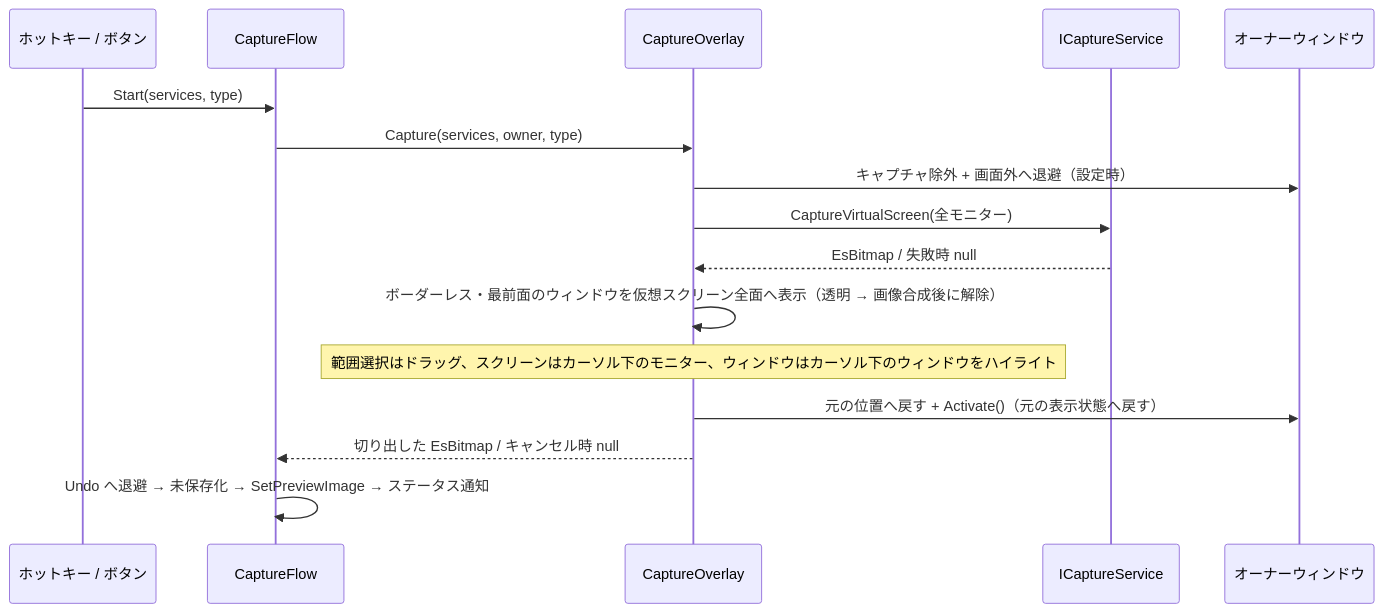
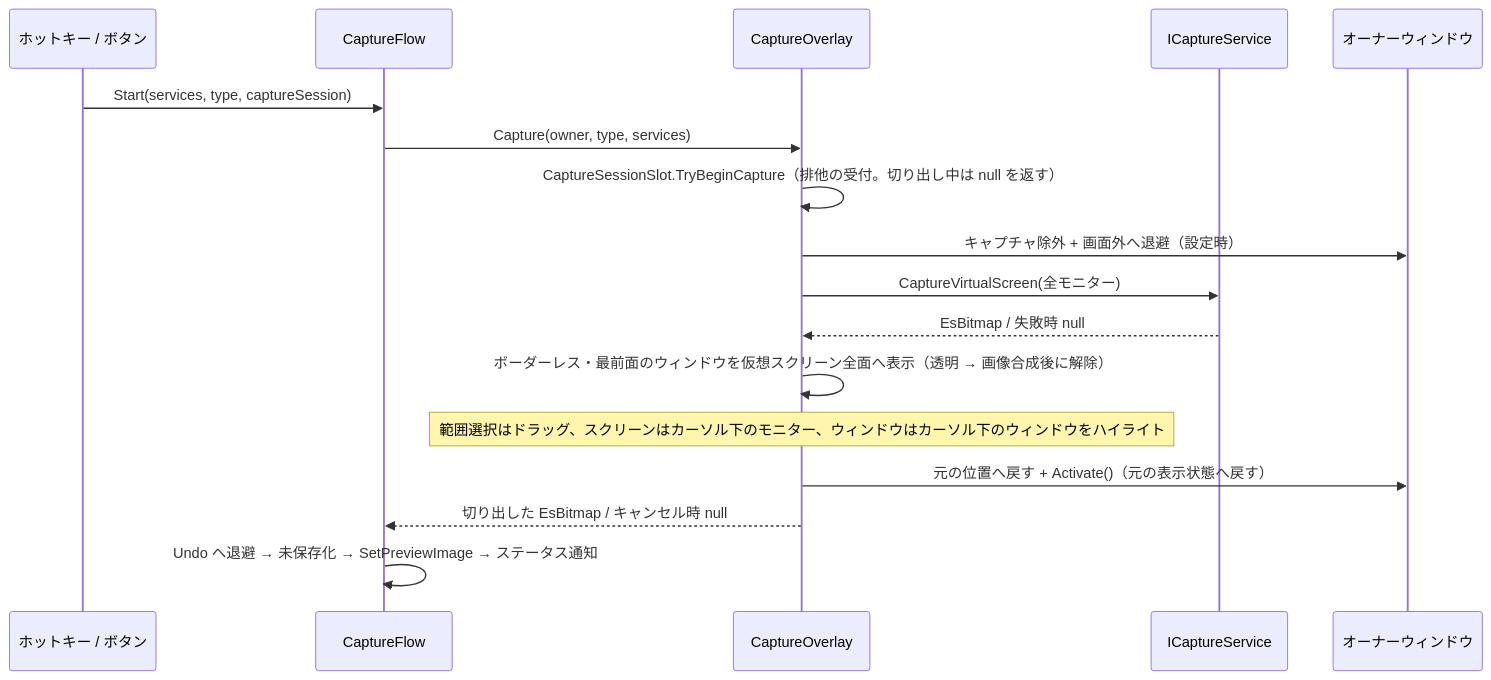
The third of 12 diagrams in src/app.MewUI/SPEC_System.md (tomokuni/SaveEvidence), drawn with Mermaid before and after one commit. The commit also changed other lines of this file and 226 other files, not shown here.

````diff
--- a/src/app.MewUI/SPEC_System.md
+++ b/src/app.MewUI/SPEC_System.md
@@ -359,19 +363,21 @@
 ```mermaid
 sequenceDiagram
     participant HK as ホットキー / ボタン
     participant CF as CaptureFlow
     participant OW as CaptureOverlay
     participant CS as ICaptureService
     participant OS as オーナーウィンドウ
 
-    HK->>CF: Start(services, type)
-    CF->>OW: Capture(services, owner, type)
+    HK->>CF: Start(services, type, captureSession)
+    CF->>OW: Capture(owner, type, services)
+    OW->>OW: CaptureSessionSlot.TryBeginCapture（排他の受付。切り出し中は null を返す）
+
     OW->>OS: キャプチャ除外 + 画面外へ退避（設定時）
     OW->>CS: CaptureVirtualScreen(全モニター)
     CS-->>OW: EsBitmap / 失敗時 null
     OW->>OW: ボーダーレス・最前面のウィンドウを仮想スクリーン全面へ表示（透明 → 画像合成後に解除）
     Note over OW: 範囲選択はドラッグ、スクリーンはカーソル下のモニター、ウィンドウはカーソル下のウィンドウをハイライト
     OW->>OS: 元の位置へ戻す + Activate()（元の表示状態へ戻す）
     OW-->>CF: 切り出した EsBitmap / キャンセル時 null
     CF->>CF: Undo へ退避 → 未保存化 → SetPreviewImage → ステータス通知
 ```
````
